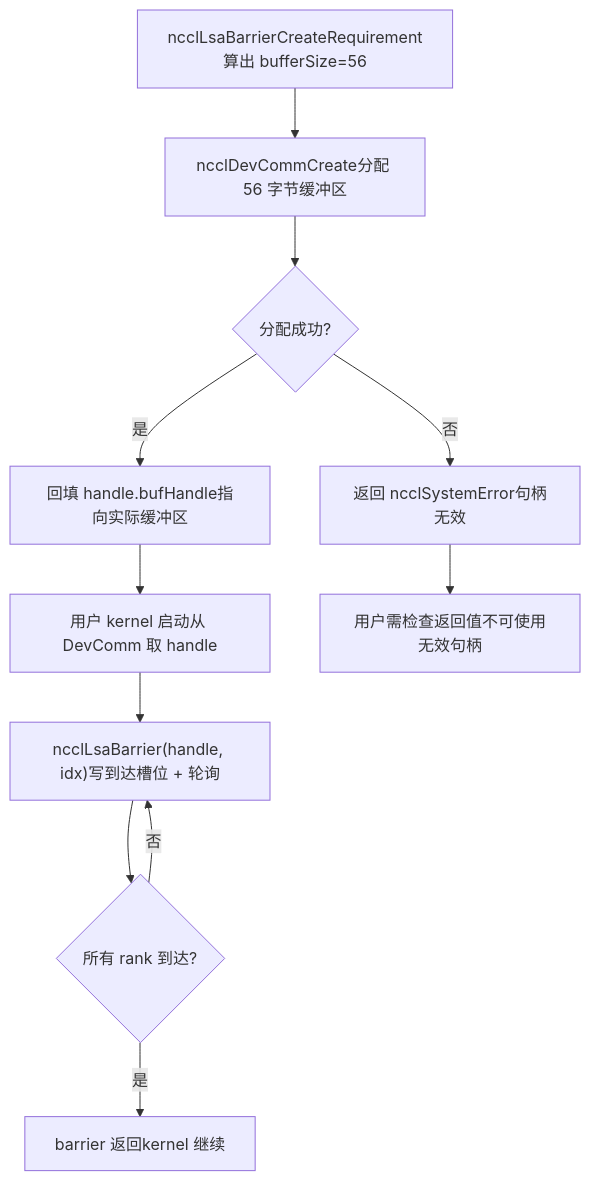
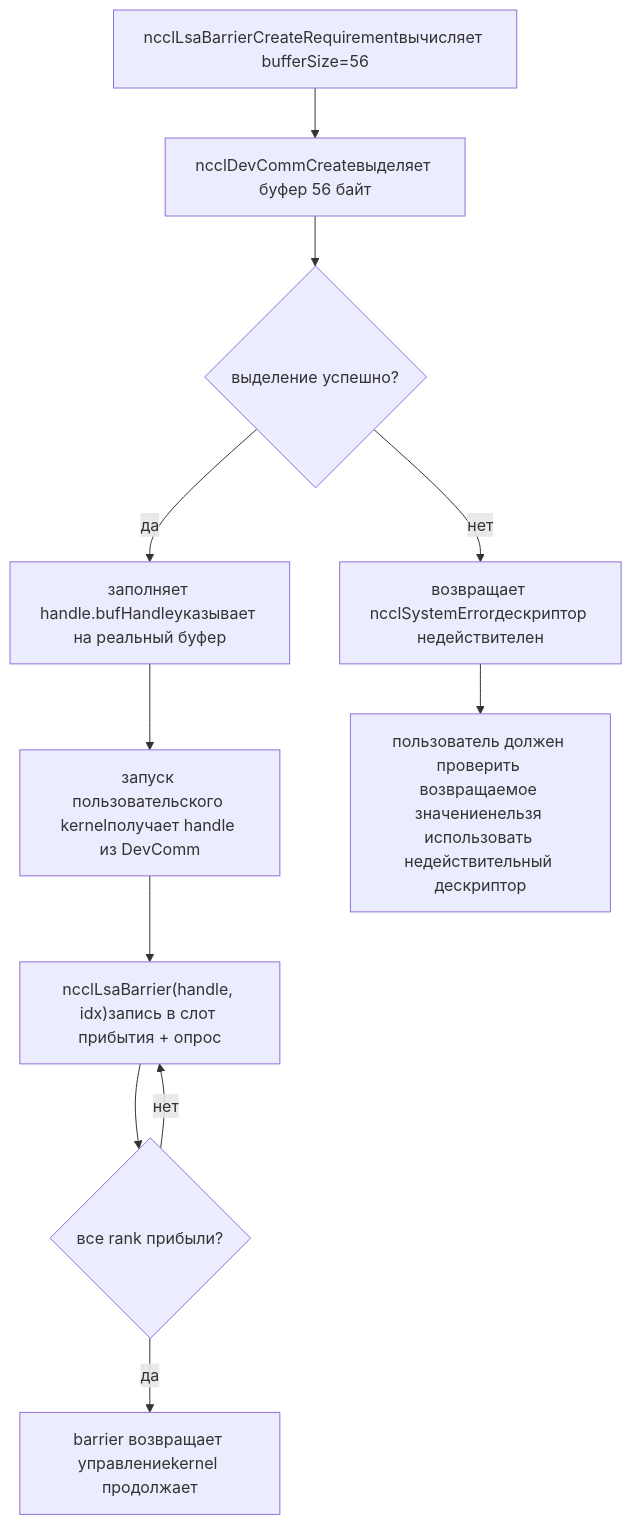
Before and after one commit to maleRjc/AiReadCodeBooks: the fourth of 5 diagrams in books/nccl/ru/20-device-api-and-kernel-fusion.md, drawn with Mermaid. The commit also changed other lines of this file and 74 other files, not shown here.

````diff
--- a/books/nccl/ru/20-device-api-and-kernel-fusion.md
+++ b/books/nccl/ru/20-device-api-and-kernel-fusion.md
@@ -241,13 +243,13 @@
 ```mermaid
 flowchart TD
-    a["ncclLsaBarrierCreateRequirement算出 bufferSize=56"] --> b["ncclDevCommCreate分配 56 字节缓冲区"]
-    b --> c{"分配成功?"}
-    c -->|"否"| err["返回 ncclSystemError句柄无效"]
-    c -->|"是"| d["回填 handle.bufHandle指向实际缓冲区"]
-    d --> e["用户 kernel 启动从 DevComm 取 handle"]
-    e --> f["ncclLsaBarrier(handle, idx)写到达槽位 + 轮询"]
-    f --> g{"所有 rank 到达?"}
-    g -->|"否"| f
-    g -->|"是"| h["barrier 返回kernel 继续"]
-    err --> i["用户需检查返回值不可使用无效句柄"]
+    a["ncclLsaBarrierCreateRequirementвычисляет bufferSize=56"] --> b["ncclDevCommCreateвыделяет буфер 56 байт"]
+    b --> c{"выделение успешно?"}
+    c -->|"нет"| err["возвращает ncclSystemErrorдескриптор недействителен"]
+    c -->|"да"| d["заполняет handle.bufHandleуказывает на реальный буфер"]
+    d --> e["запуск пользовательского kernelполучает handle из DevComm"]
+    e --> f["ncclLsaBarrier(handle, idx)запись в слот прибытия + опрос"]
+    f --> g{"все rank прибыли?"}
+    g -->|"нет"| f
+    g -->|"да"| h["barrier возвращает управлениеkernel продолжает"]
+    err --> i["пользователь должен проверить возвращаемое значениенельзя использовать недействительный дескриптор"]
 ```
````
